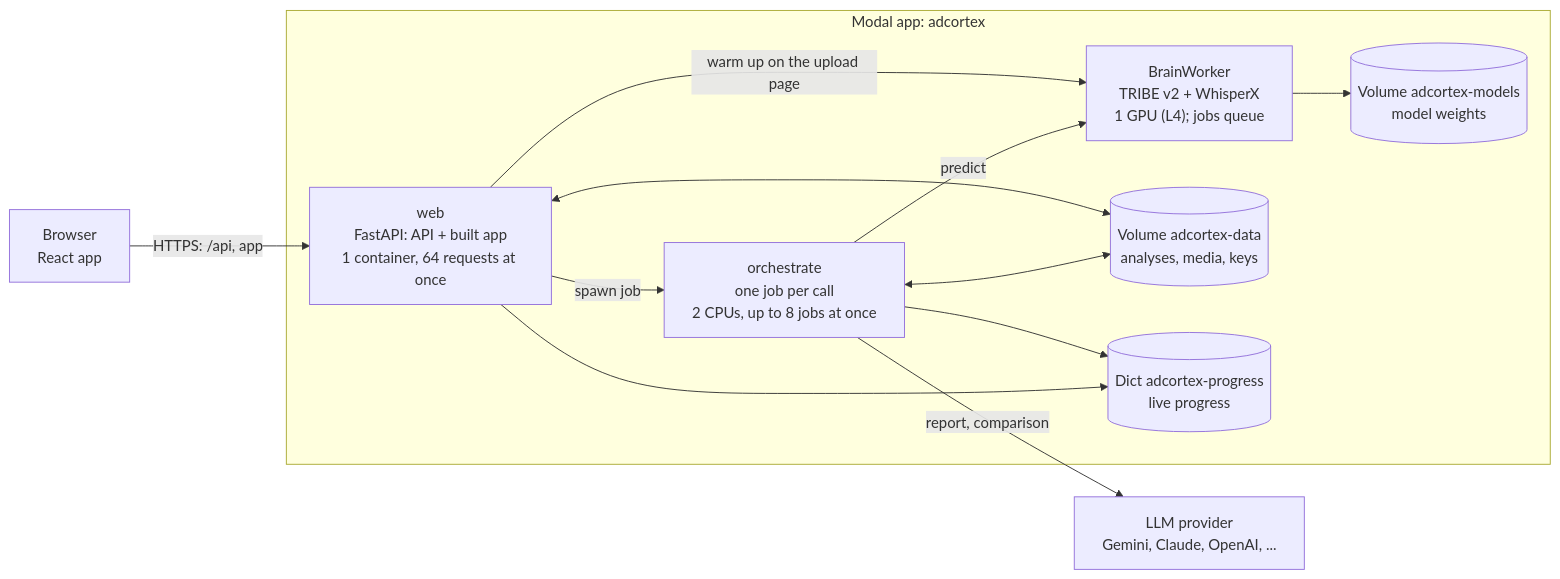
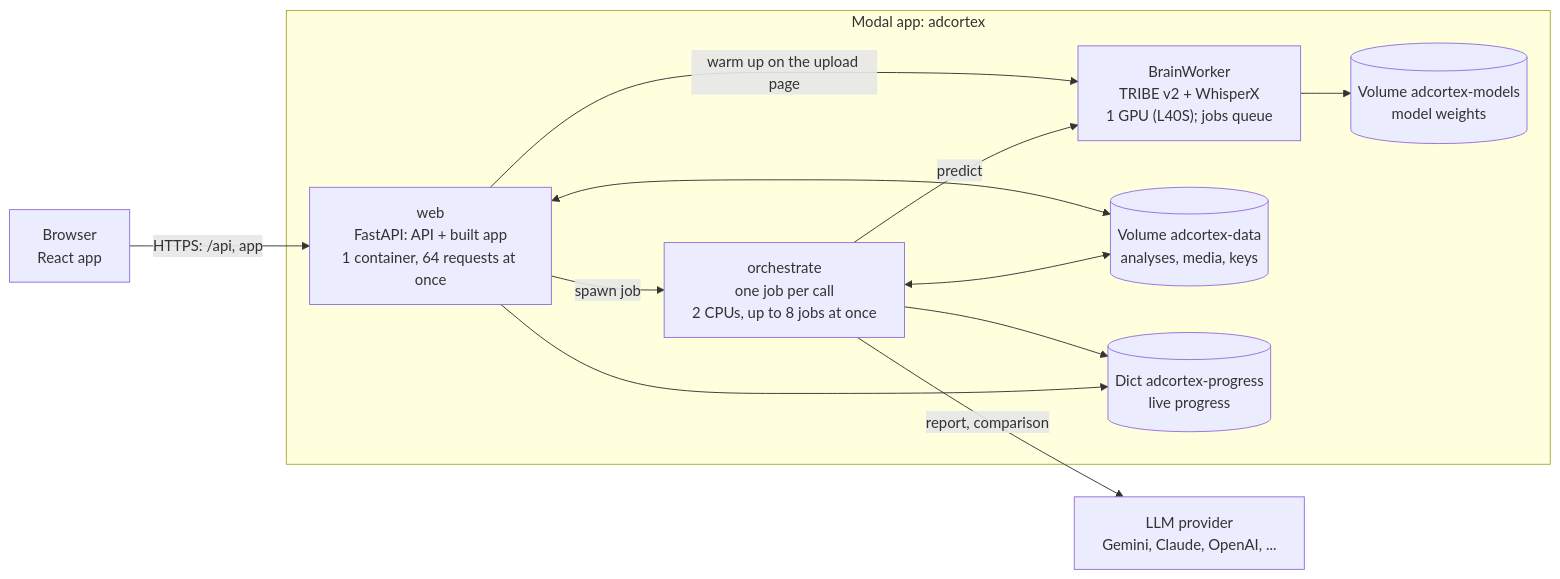
The diagram in docs/architecture.md (wolfomania/adcortex), drawn with Mermaid before and after one commit. The commit also changed 3 other files, not shown here.

First line of the commit message:
perf(deploy): reserve CPU for the GPU worker and default to the L40S

````diff
--- a/docs/architecture.md
+++ b/docs/architecture.md
@@ -15,26 +15,26 @@
 ```mermaid
 flowchart LR
     browser["Browser<br/>React app"]
 
     subgraph modal["Modal app: adcortex"]
         web["web<br/>FastAPI: API + built app<br/>1 container, 64 requests at once"]
         orchestrate["orchestrate<br/>one job per call<br/>2 CPUs, up to 8 jobs at once"]
-        worker["BrainWorker<br/>TRIBE v2 + WhisperX<br/>1 GPU (L4); jobs queue"]
+        worker["BrainWorker<br/>TRIBE v2 + WhisperX<br/>1 GPU (L40S); jobs queue"]
         data[("Volume adcortex-data<br/>analyses, media, keys")]
         progress[("Dict adcortex-progress<br/>live progress")]
         models[("Volume adcortex-models<br/>model weights")]
     end
 
     llm["LLM provider<br/>Gemini, Claude, OpenAI, ..."]
 
     browser -- "HTTPS: /api, app" --> web
     web -- "spawn job" --> orchestrate
     web -- "warm up on the upload page" --> worker
     orchestrate -- "predict" --> worker
     orchestrate -- "report, comparison" --> llm
     web <--> data
     orchestrate <--> data
     orchestrate --> progress
     web --> progress
     worker --> models
 ```
````
